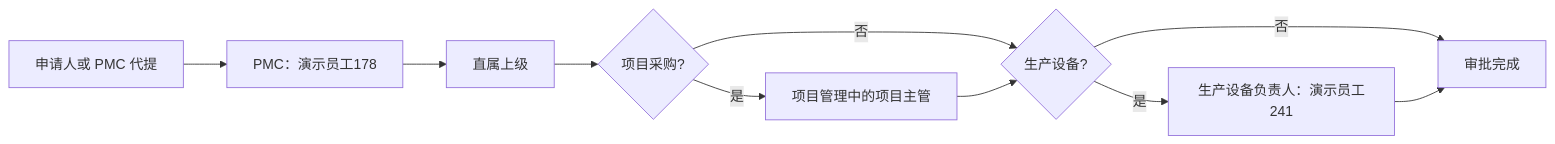
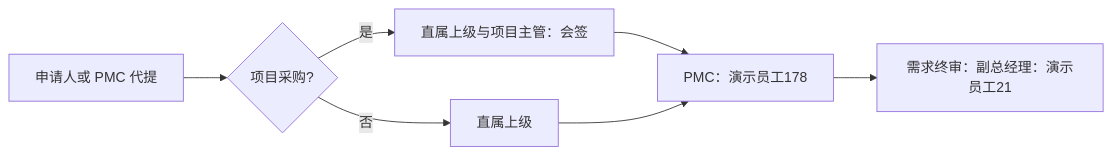
One commit to Meteor7/erp-oa-system changed the first of 2 diagrams in docs/oa-procurement-e2e-evidence.md. Above: the diagram before and after it, drawn with Mermaid. The commit also changed other lines of this file and 5 other files, not shown here.

````diff
--- a/docs/oa-procurement-e2e-evidence.md
+++ b/docs/oa-procurement-e2e-evidence.md
@@ -12,12 +12,9 @@
 ```mermaid
 flowchart LR
-  A[申请人或 PMC 代提] --> B[PMC：演示员工178]
-  B --> C[直属上级]
-  C --> D{项目采购?}
-  D -- 是 --> E[项目管理中的项目主管]
-  D -- 否 --> F{生产设备?}
-  E --> F
-  F -- 是 --> G[生产设备负责人：演示员工241]
-  F -- 否 --> H[审批完成]
-  G --> H
+  A[申请人或 PMC 代提] --> B{项目采购?}
+  B -- 是 --> C[直属上级与项目主管：会签]
+  B -- 否 --> D[直属上级]
+  C --> E[PMC：演示员工178]
+  D --> E
+  E --> F[需求终审：副总经理：演示员工21]
 ```
````
